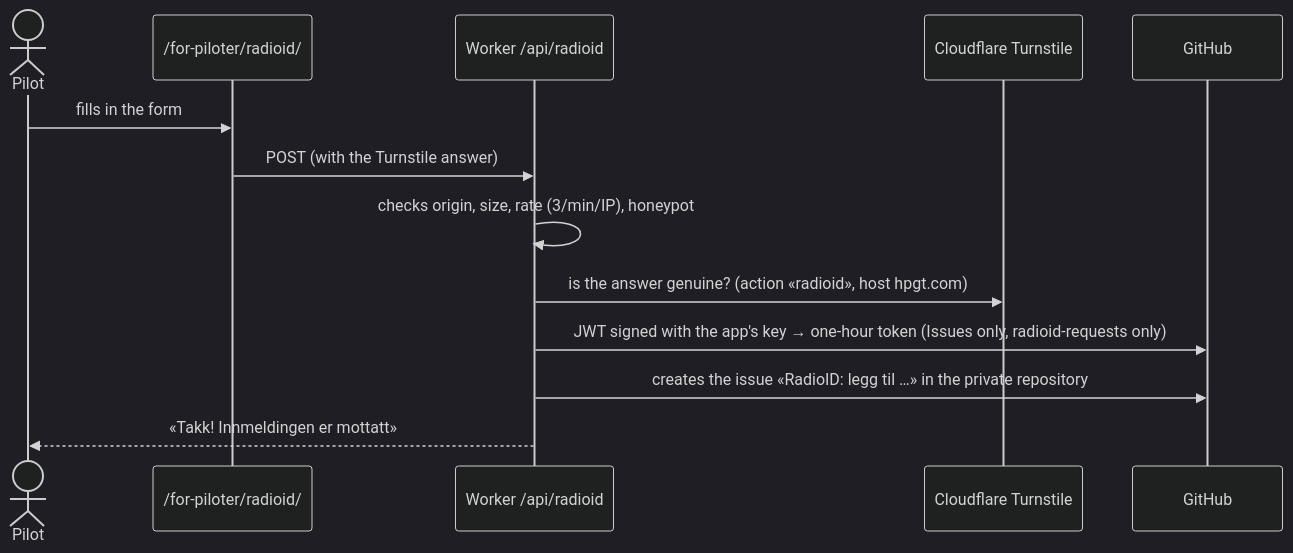
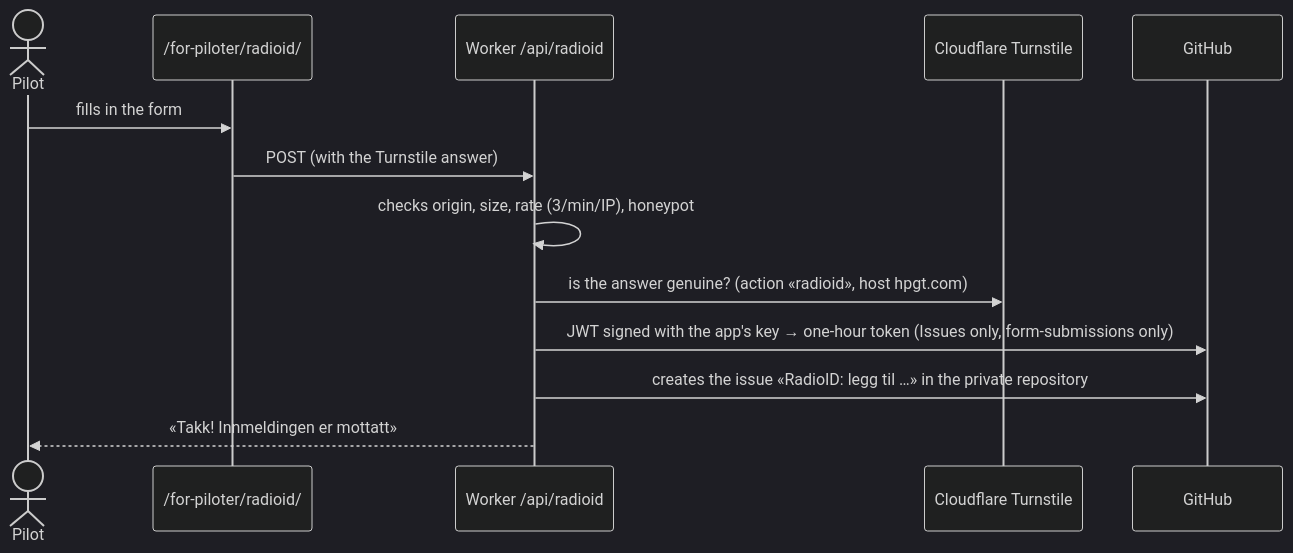
Before and after one commit to hpgt-com/hpgt-web: the third of 3 diagrams in docs/architecture.md, drawn with Mermaid (dark theme). The commit also changed other lines of this file and 8 other files, not shown here.

First line of the commit message:
Skjemaene sender til det private repoet form-submissions (ADR 0007) (#35)

````diff
--- a/docs/architecture.md
+++ b/docs/architecture.md
@@ -127,16 +127,16 @@
 ```mermaid
 sequenceDiagram
   actor Pilot
   participant Page as /for-piloter/radioid/
   participant W as Worker /api/radioid
   participant TS as Cloudflare Turnstile
   participant GH as GitHub
 
   Pilot->>Page: fills in the form
   Page->>W: POST (with the Turnstile answer)
   W->>W: checks origin, size, rate (3/min/IP), honeypot
   W->>TS: is the answer genuine? (action «radioid», host hpgt.com)
-  W->>GH: JWT signed with the app's key → one-hour token (Issues only, radioid-requests only)
+  W->>GH: JWT signed with the app's key → one-hour token (Issues only, form-submissions only)
   W->>GH: creates the issue «RadioID: legg til …» in the private repository
   W-->>Pilot: «Takk! Innmeldingen er mottatt»
 ```
````
